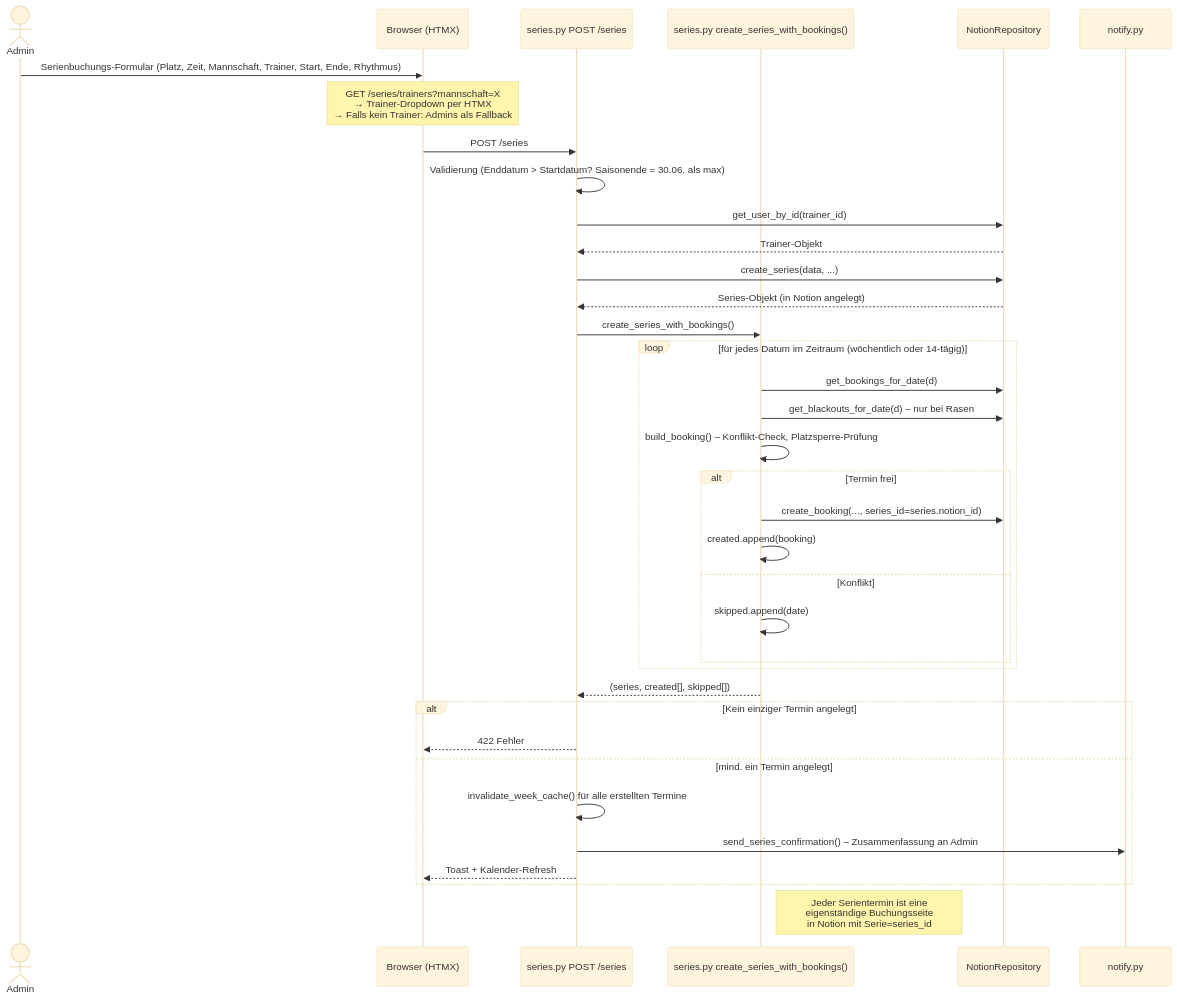
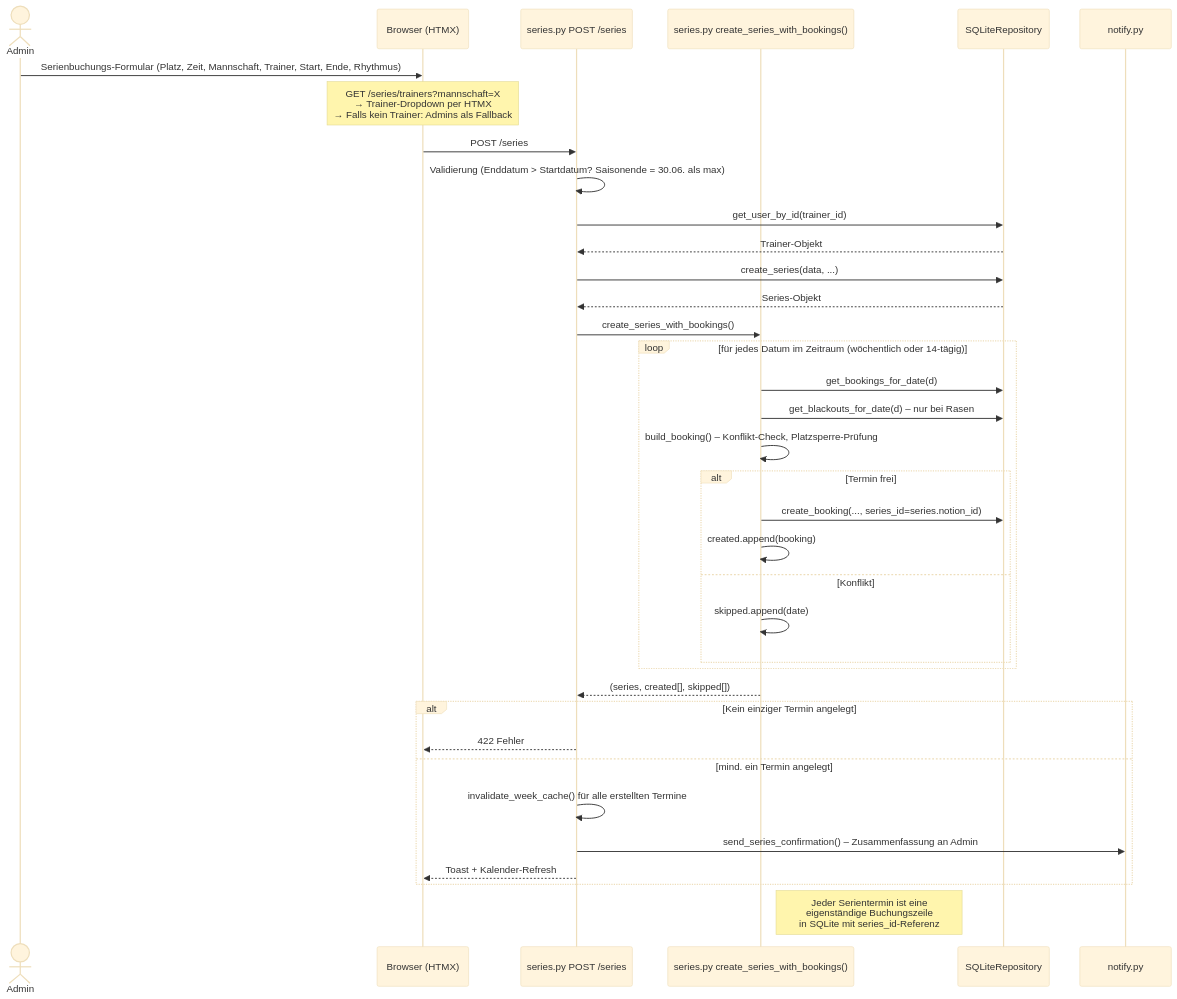
The seventh of 12 diagrams in docs/ARCHITEKTUR.md (MerowingerX/Sportplatz-Buchung), drawn with Mermaid (base theme) before and after one commit. The commit also changed other lines of this file and 12 other files, not shown here.

````diff
--- a/docs/ARCHITEKTUR.md
+++ b/docs/ARCHITEKTUR.md
@@ -461,44 +456,44 @@
 ```mermaid
 sequenceDiagram
     actor Admin
     participant B as Browser (HTMX)
     participant SR as series.py POST /series
     participant LOGIC as series.py create_series_with_bookings()
-    participant NR as NotionRepository
+    participant REPO as SQLiteRepository
     participant MAIL as notify.py
 
     Admin->>B: Serienbuchungs-Formular (Platz, Zeit, Mannschaft, Trainer, Start, Ende, Rhythmus)
     Note over B: GET /series/trainers?mannschaft=X<br/>→ Trainer-Dropdown per HTMX<br/>→ Falls kein Trainer: Admins als Fallback
 
     B->>SR: POST /series
     SR->>SR: Validierung (Enddatum > Startdatum? Saisonende = 30.06. als max)
-    SR->>NR: get_user_by_id(trainer_id)
-    NR-->>SR: Trainer-Objekt
-    SR->>NR: create_series(data, ...)
-    NR-->>SR: Series-Objekt (in Notion angelegt)
+    SR->>REPO: get_user_by_id(trainer_id)
+    REPO-->>SR: Trainer-Objekt
+    SR->>REPO: create_series(data, ...)
+    REPO-->>SR: Series-Objekt
     SR->>LOGIC: create_series_with_bookings()
 
     loop für jedes Datum im Zeitraum (wöchentlich oder 14-tägig)
-        LOGIC->>NR: get_bookings_for_date(d)
-        LOGIC->>NR: get_blackouts_for_date(d) – nur bei Rasen
+        LOGIC->>REPO: get_bookings_for_date(d)
+        LOGIC->>REPO: get_blackouts_for_date(d) – nur bei Rasen
         LOGIC->>LOGIC: build_booking() – Konflikt-Check, Platzsperre-Prüfung
         alt Termin frei
-            LOGIC->>NR: create_booking(..., series_id=series.notion_id)
+            LOGIC->>REPO: create_booking(..., series_id=series.notion_id)
             LOGIC->>LOGIC: created.append(booking)
         else Konflikt
             LOGIC->>LOGIC: skipped.append(date)
         end
     end
 
     LOGIC-->>SR: (series, created[], skipped[])
 
     alt Kein einziger Termin angelegt
         SR-->>B: 422 Fehler
     else mind. ein Termin angelegt
         SR->>SR: invalidate_week_cache() für alle erstellten Termine
         SR->>MAIL: send_series_confirmation() – Zusammenfassung an Admin
         SR-->>B: Toast + Kalender-Refresh
     end
 
-    Note right of LOGIC: Jeder Serientermin ist eine<br/>eigenständige Buchungsseite<br/>in Notion mit Serie=series_id
+    Note right of LOGIC: Jeder Serientermin ist eine<br/>eigenständige Buchungszeile<br/>in SQLite mit series_id-Referenz
 ```
````
